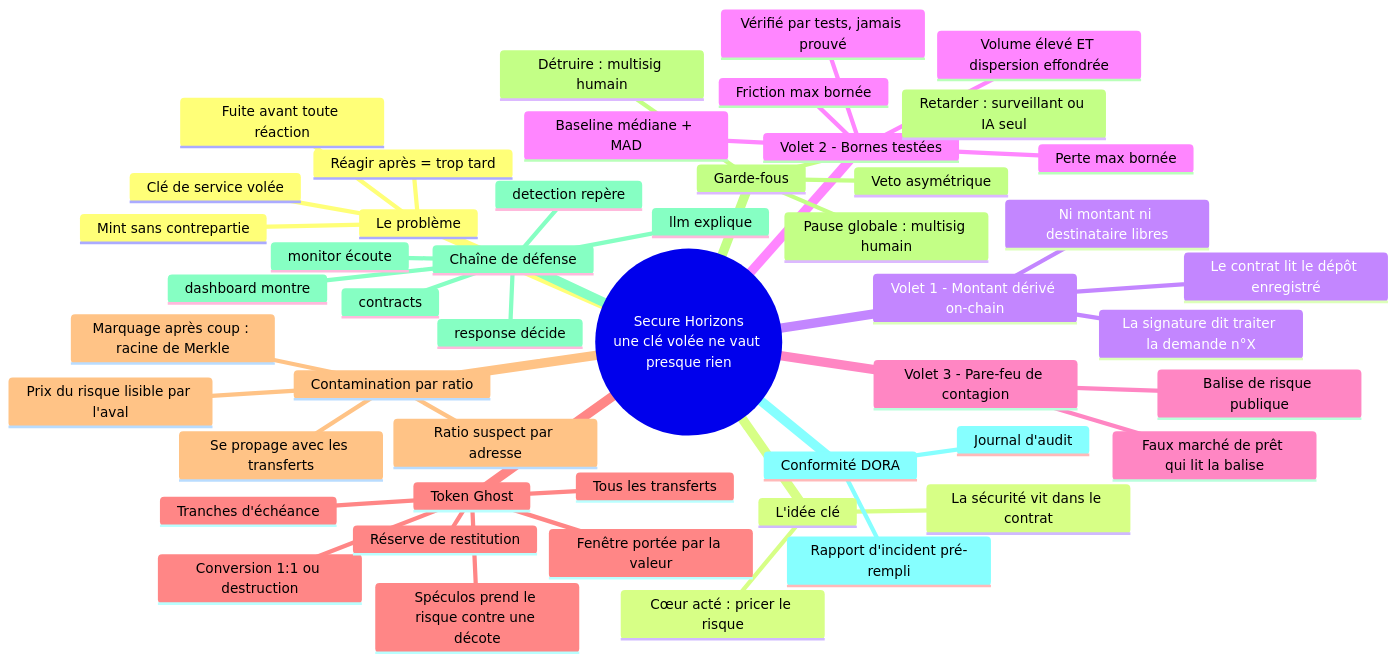
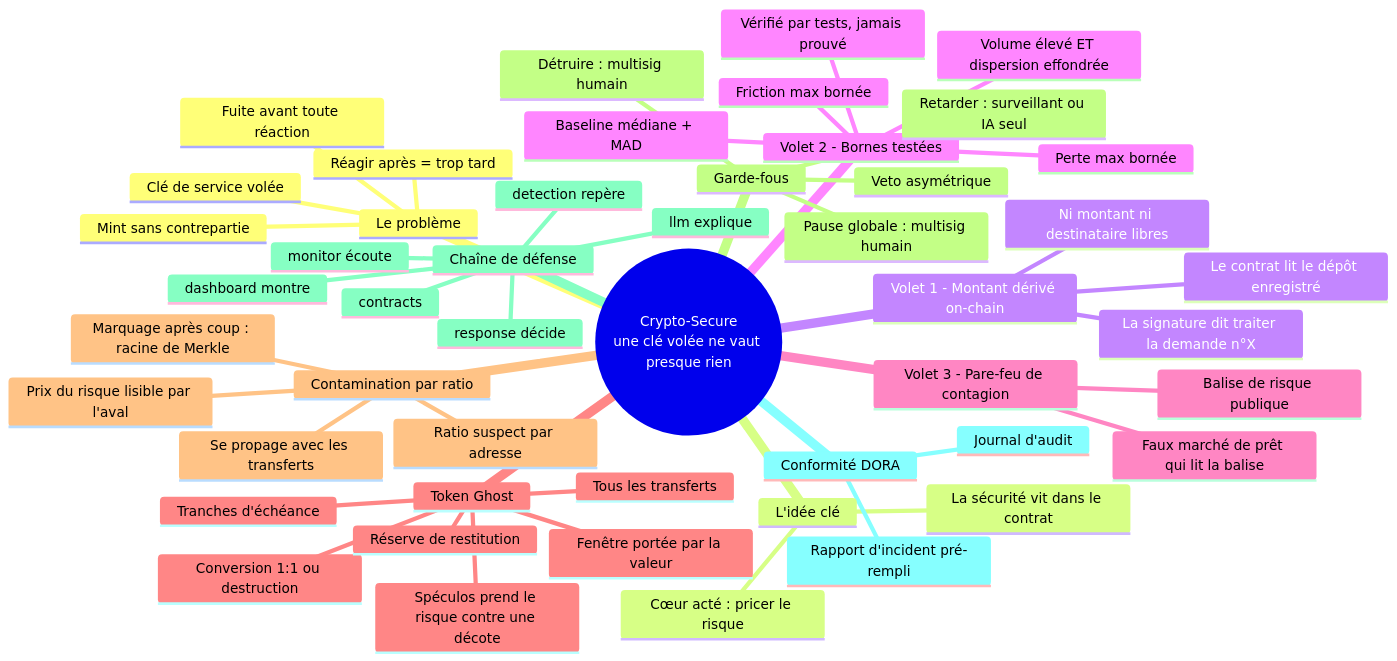
One commit to marceaupatu123/secure-horizons changed the diagram in docs-site/mindmap.mmd. Above: the diagram before and after it, drawn with Mermaid. The commit also changed 15 other files, not shown here.

First line of the commit message:
chore: renomme la marque Secure Horizons -> Crypto-Secure (contenu)

```diff
--- a/docs-site/mindmap.mmd
+++ b/docs-site/mindmap.mmd
@@ -1,50 +1,50 @@
 mindmap
-  root((Secure Horizons<br/>une clé volée ne vaut presque rien))
+  root((Crypto-Secure<br/>une clé volée ne vaut presque rien))
     Le problème
       Clé de service volée
       Mint sans contrepartie
       Fuite avant toute réaction
       Réagir après = trop tard
     L'idée clé
       La sécurité vit dans le contrat
       Cœur acté : pricer le risque
     Volet 1 - Montant dérivé on-chain
       La signature dit traiter la demande n°X
       Le contrat lit le dépôt enregistré
       Ni montant ni destinataire libres
     Volet 2 - Bornes testées
       Perte max bornée
       Friction max bornée
       Baseline médiane + MAD
       Volume élevé ET dispersion effondrée
       Vérifié par tests, jamais prouvé
     Volet 3 - Pare-feu de contagion
       Balise de risque publique
       Faux marché de prêt qui lit la balise
     Token Ghost
       Tous les transferts
       Fenêtre portée par la valeur
       Tranches d'échéance
       Conversion 1:1 ou destruction
       Réserve de restitution
       Spéculos prend le risque contre une décote
     Contamination par ratio
       Ratio suspect par adresse
       Se propage avec les transferts
       Prix du risque lisible par l'aval
       Marquage après coup : racine de Merkle
     Garde-fous
       Retarder : surveillant ou IA seul
       Détruire : multisig humain
       Pause globale : multisig humain
       Veto asymétrique
     Chaîne de défense
       contracts
       monitor écoute
       detection repère
       response décide
       llm explique
       dashboard montre
     Conformité DORA
       Journal d'audit
       Rapport d'incident pré-rempli
```
